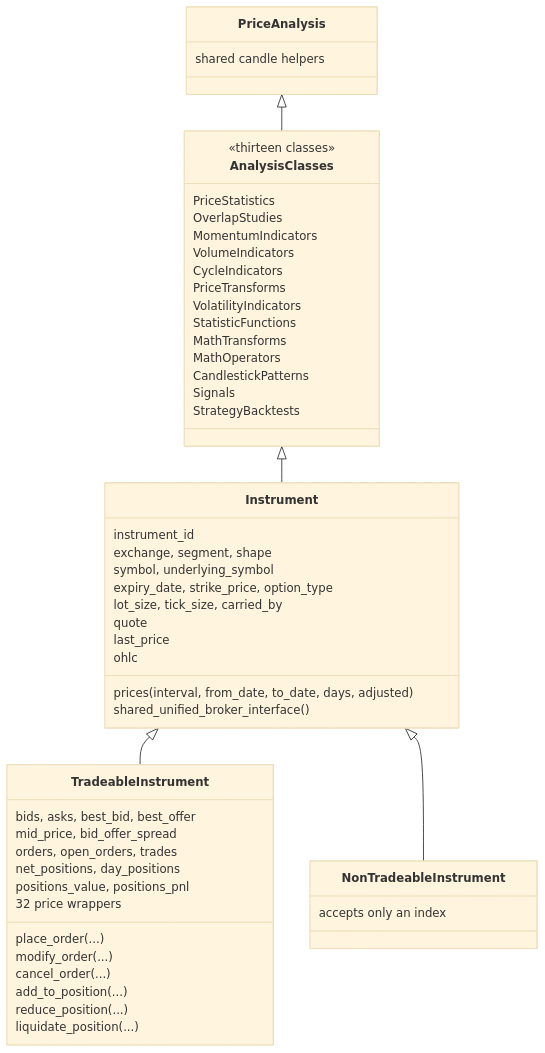
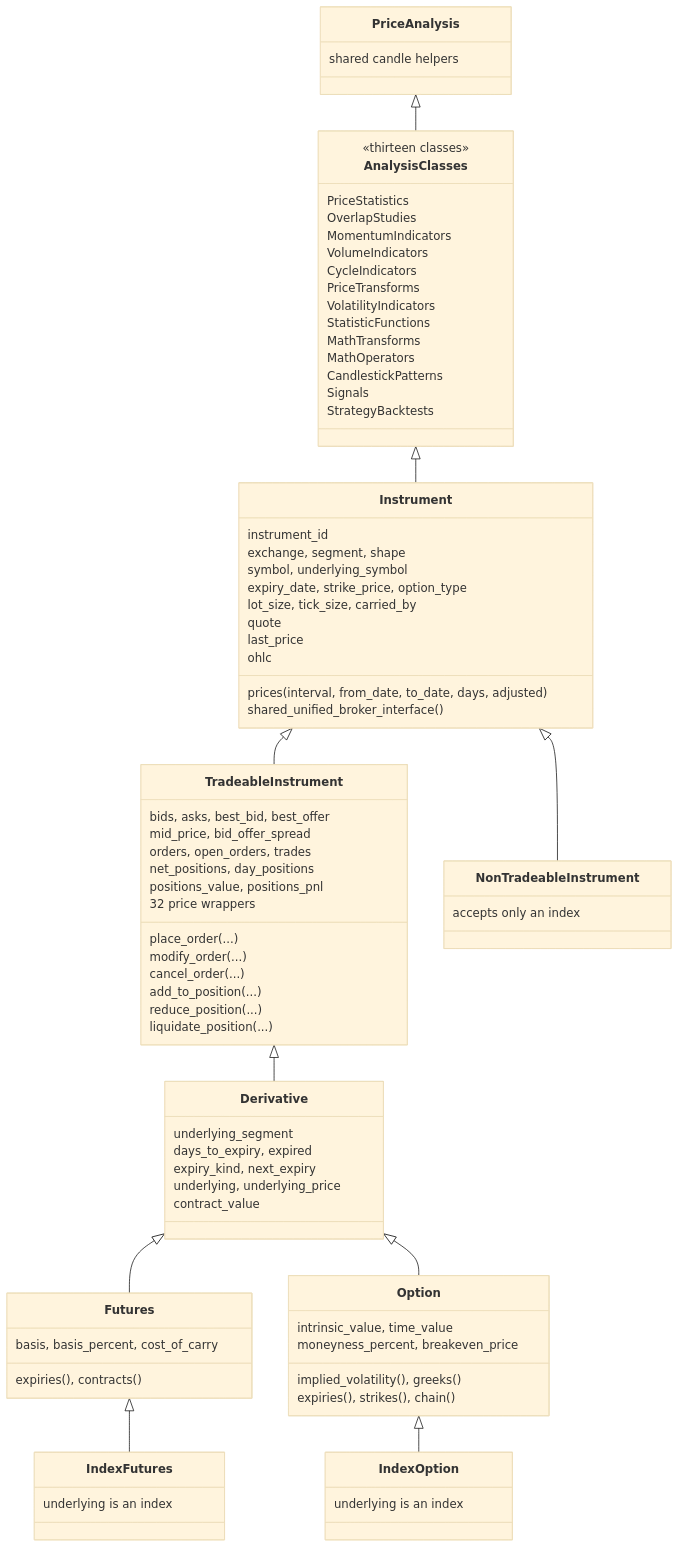
The first of 4 diagrams in docs/architecture/instrument-model.md (pramodathani/tradingmachine), drawn with Mermaid (base theme) before and after one commit. The commit also changed other lines of this file and 16 other files, not shown here.

````diff
--- a/docs/architecture/instrument-model.md
+++ b/docs/architecture/instrument-model.md
@@ -59,8 +59,36 @@
     class NonTradeableInstrument {
         accepts only an index
     }
+    class Derivative {
+        underlying_segment
+        days_to_expiry, expired
+        expiry_kind, next_expiry
+        underlying, underlying_price
+        contract_value
+    }
+    class Futures {
+        basis, basis_percent, cost_of_carry
+        expiries(), contracts()
+    }
+    class Option {
+        intrinsic_value, time_value
+        moneyness_percent, breakeven_price
+        implied_volatility(), greeks()
+        expiries(), strikes(), chain()
+    }
+    class IndexFutures {
+        underlying is an index
+    }
+    class IndexOption {
+        underlying is an index
+    }
     PriceAnalysis <|-- AnalysisClasses
     AnalysisClasses <|-- Instrument
     Instrument <|-- TradeableInstrument
     Instrument <|-- NonTradeableInstrument
+    TradeableInstrument <|-- Derivative
+    Derivative <|-- Futures
+    Derivative <|-- Option
+    Futures <|-- IndexFutures
+    Option <|-- IndexOption
 ```
````
